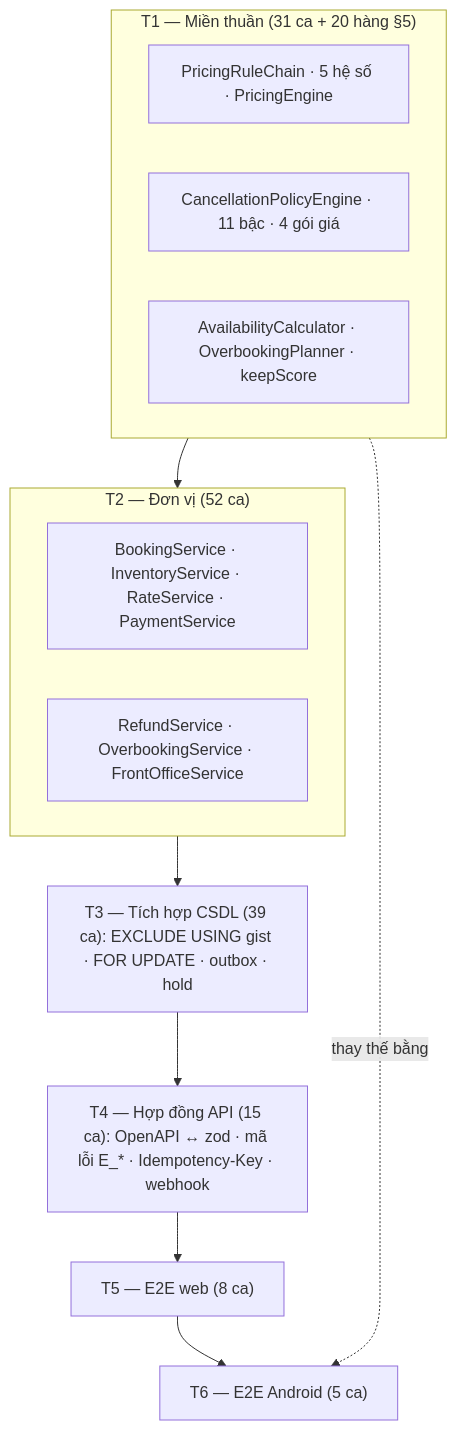
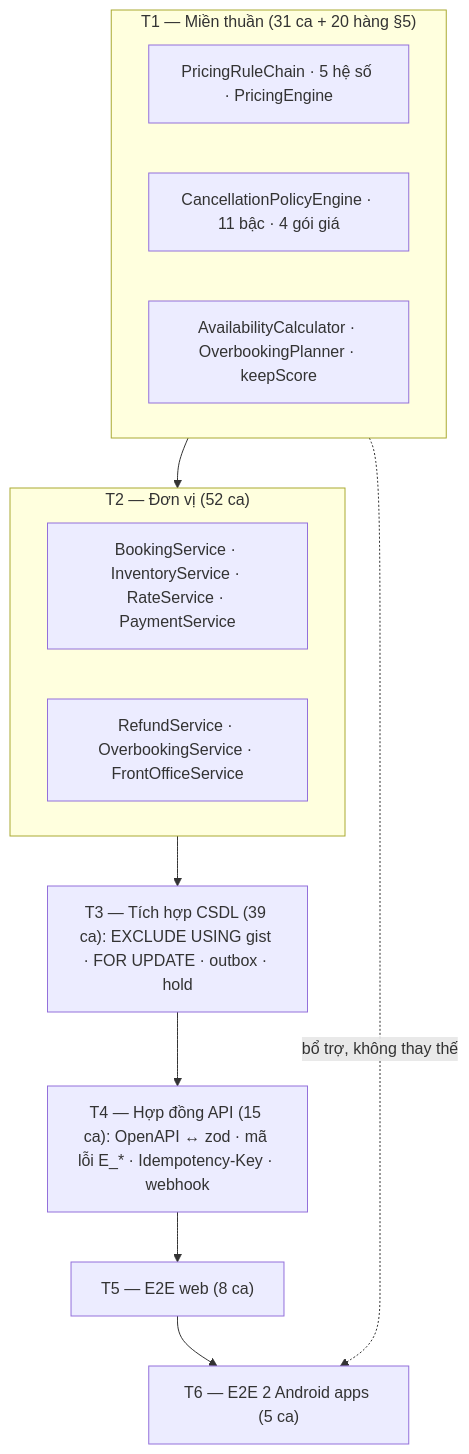
One commit to minhtuluc/HotelBuild changed the first of 2 diagrams in docs/05-ke-hoach/ke-hoach-kiem-thu.md. Above: the diagram before and after it, drawn with Mermaid. The commit also changed other lines of this file and 45 other files, not shown here.

````diff
--- a/docs/05-ke-hoach/ke-hoach-kiem-thu.md
+++ b/docs/05-ke-hoach/ke-hoach-kiem-thu.md
@@ -87,18 +88,18 @@
 ```mermaid
 flowchart TB
     subgraph T1["T1 — Miền thuần (31 ca + 20 hàng §5)"]
       A1["PricingRuleChain · 5 hệ số · PricingEngine"]
       A2["CancellationPolicyEngine · 11 bậc · 4 gói giá"]
       A3["AvailabilityCalculator · OverbookingPlanner · keepScore"]
     end
     subgraph T2["T2 — Đơn vị (52 ca)"]
       B1["BookingService · InventoryService · RateService · PaymentService"]
       B2["RefundService · OverbookingService · FrontOfficeService"]
     end
     T1 --> T2
     T2 --> T3["T3 — Tích hợp CSDL (39 ca): EXCLUDE USING gist · FOR UPDATE · outbox · hold"]
     T3 --> T4["T4 — Hợp đồng API (15 ca): OpenAPI ↔ zod · mã lỗi E_* · Idempotency-Key · webhook"]
     T4 --> T5["T5 — E2E web (8 ca)"]
-    T5 --> T6["T6 — E2E Android (5 ca)"]
-    T1 -.->|"thay thế bằng"| T6
+    T5 --> T6["T6 — E2E 2 Android apps (5 ca)"]
+    T1 -.->|"bổ trợ, không thay thế"| T6
 ```
````
